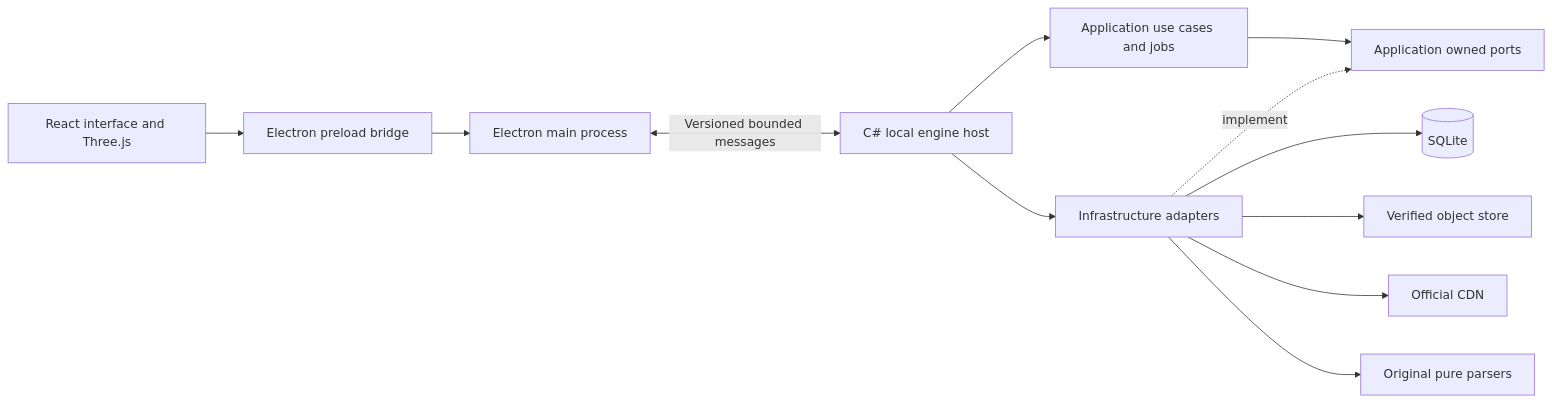
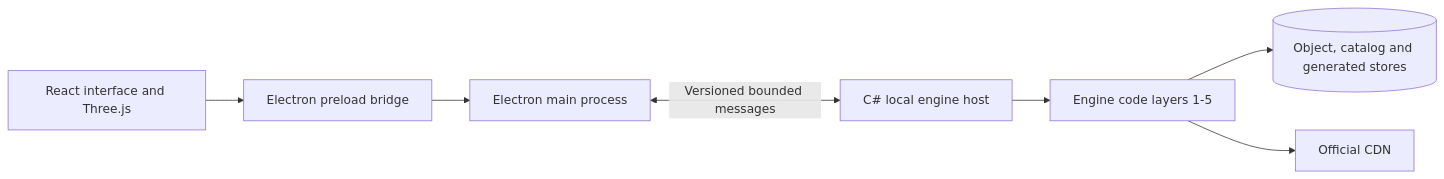
Before and after one commit to aircan80/vibeminer: the second of 2 diagrams in docs/ARCHITECTURE.md, drawn with Mermaid. The commit also changed other lines of this file, not shown here.

First line of the commit message:
Describe the engine as five code layers with interfaces at each boundary

````diff
--- a/docs/ARCHITECTURE.md
+++ b/docs/ARCHITECTURE.md
@@ -7,14 +55,9 @@
 ```mermaid
 flowchart LR
   UI[React interface and Three.js] --> Bridge[Electron preload bridge]
   Bridge --> Main[Electron main process]
   Main <-->|Versioned bounded messages| Host[C# local engine host]
-  Host --> App[Application use cases and jobs]
-  App --> Ports[Application owned ports]
-  Infra[Infrastructure adapters] -. implement .-> Ports
-  Host --> Infra
-  Infra --> SQLite[(SQLite)]
-  Infra --> CAS[Verified object store]
-  Infra --> CDN[Official CDN]
-  Infra --> Parsers[Original pure parsers]
+  Host --> Layers[Engine code layers 1-5]
+  Layers --> Stores[(Object, catalog and generated stores)]
+  Layers --> CDN[Official CDN]
 ```
````
